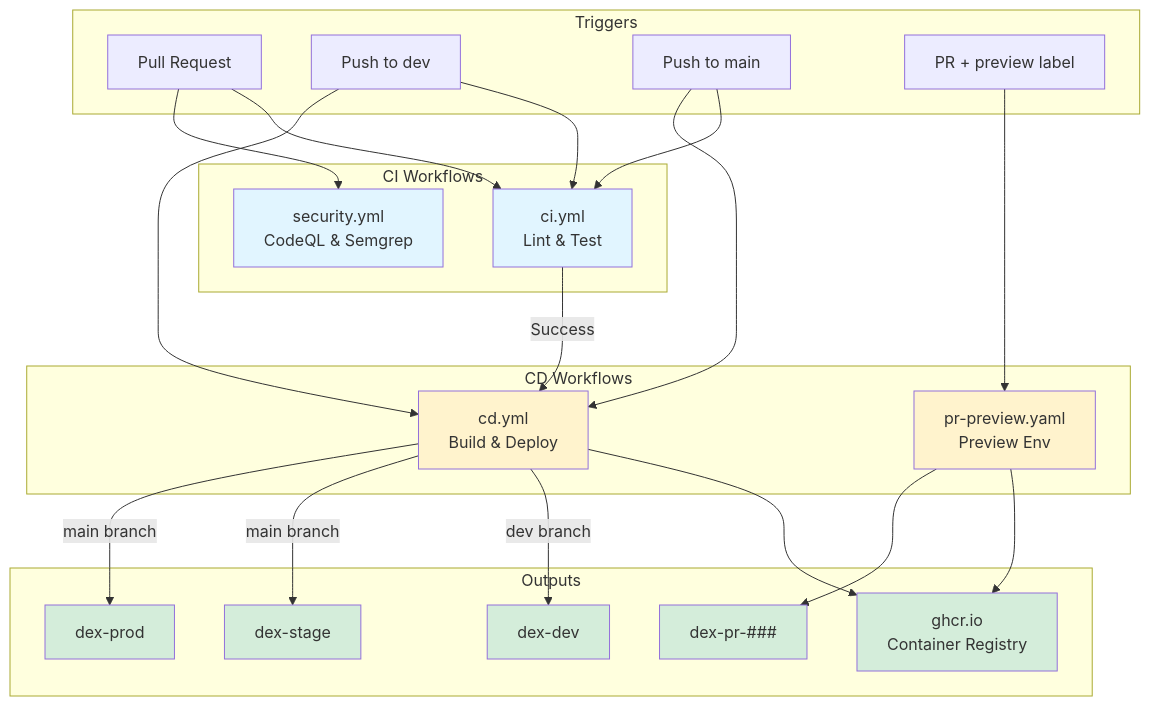
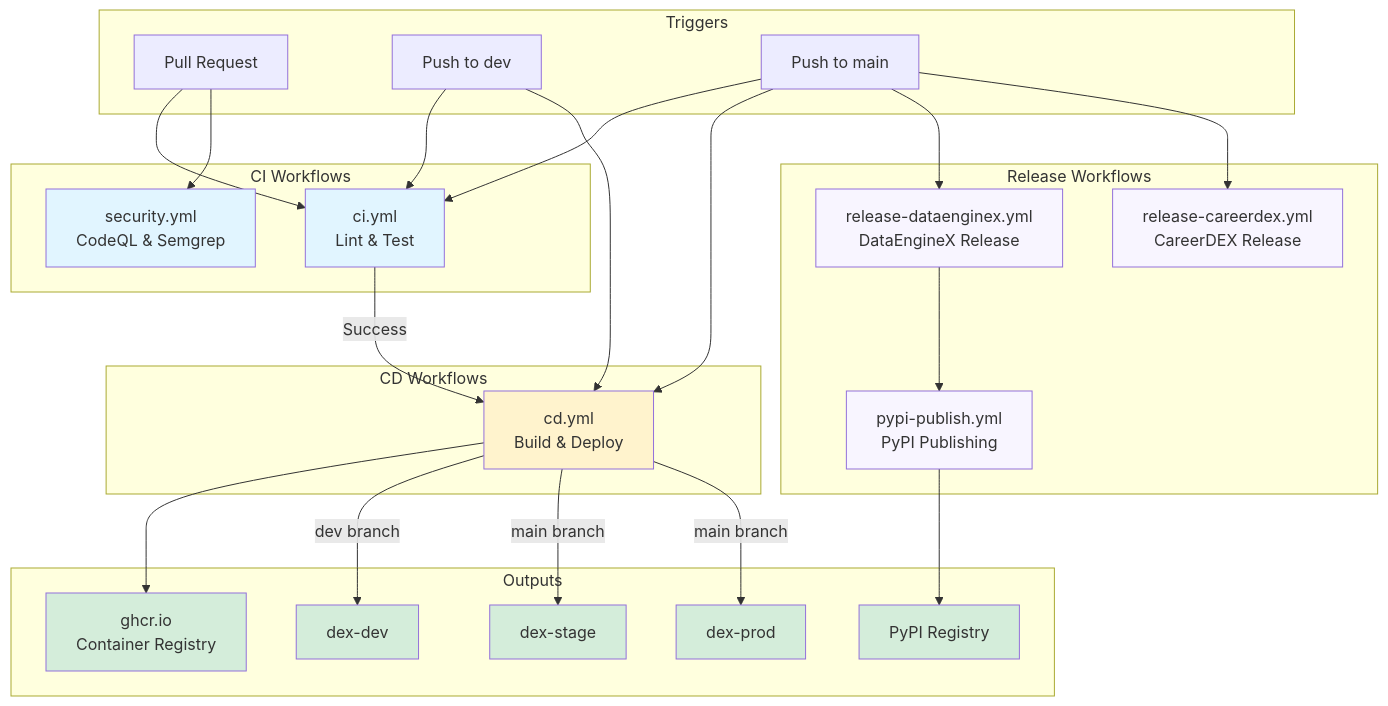
One commit to data-literate/DEX changed the first of 3 diagrams in .github/workflows/README.md. Above: the diagram before and after it, drawn with Mermaid. The commit also changed other lines of this file and 142 other files, not shown here.

````diff
--- a/.github/workflows/README.md
+++ b/.github/workflows/README.md
@@ -9,56 +9,63 @@
 ```mermaid
 graph TB
     subgraph "Triggers"
         PR[Pull Request]
         PushDev[Push to dev]
         PushMain[Push to main]
-        Label[PR + preview label]
     end
     
     subgraph "CI Workflows"
         CI[ci.yml<br/>Lint & Test]
         Security[security.yml<br/>CodeQL & Semgrep]
     end
     
     subgraph "CD Workflows"
         CD[cd.yml<br/>Build & Deploy]
-        Preview[pr-preview.yaml<br/>Preview Env]
+    end
+    
+    subgraph "Release Workflows"
+        RelDEX[release-dataenginex.yml<br/>DataEngineX Release]
+        RelCDEX[release-careerdex.yml<br/>CareerDEX Release]
+        PyPI[pypi-publish.yml<br/>PyPI Publishing]
     end
     
     subgraph "Outputs"
         GHCR[ghcr.io<br/>Container Registry]
         DevK8s[dex-dev]
         StageK8s[dex-stage]
         ProdK8s[dex-prod]
-        PreviewK8s[dex-pr-###]
+        PyPIReg[PyPI Registry]
     end
     
     PR --> CI
     PR --> Security
     PushDev --> CI
     PushMain --> CI
     
     CI -->|Success| CD
     PushDev --> CD
     PushMain --> CD
     
-    Label --> Preview
+    PushMain --> RelDEX
+    PushMain --> RelCDEX
+    RelDEX --> PyPI
     
     CD --> GHCR
     CD -->|dev branch| DevK8s
     CD -->|main branch| StageK8s
     CD -->|main branch| ProdK8s
     
-    Preview --> GHCR
-    Preview --> PreviewK8s
+    PyPI --> PyPIReg
     
     style CI fill:#e1f5ff
     style Security fill:#e1f5ff
     style CD fill:#fff3cd
-    style Preview fill:#fff3cd
+    style RelDEX fill:#f8f5ff
+    style RelCDEX fill:#f8f5ff
+    style PyPI fill:#f8f5ff
     style GHCR fill:#d4edda
     style DevK8s fill:#d4edda
     style StageK8s fill:#d4edda
     style ProdK8s fill:#d4edda
-    style PreviewK8s fill:#d4edda
+    style PyPIReg fill:#d4edda
 ```
````
